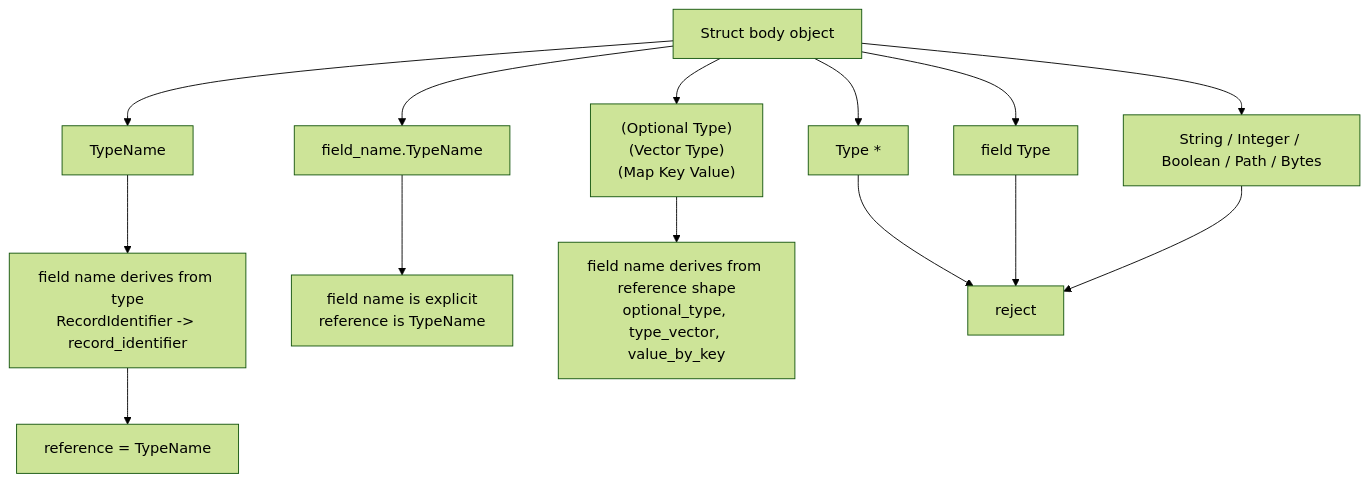
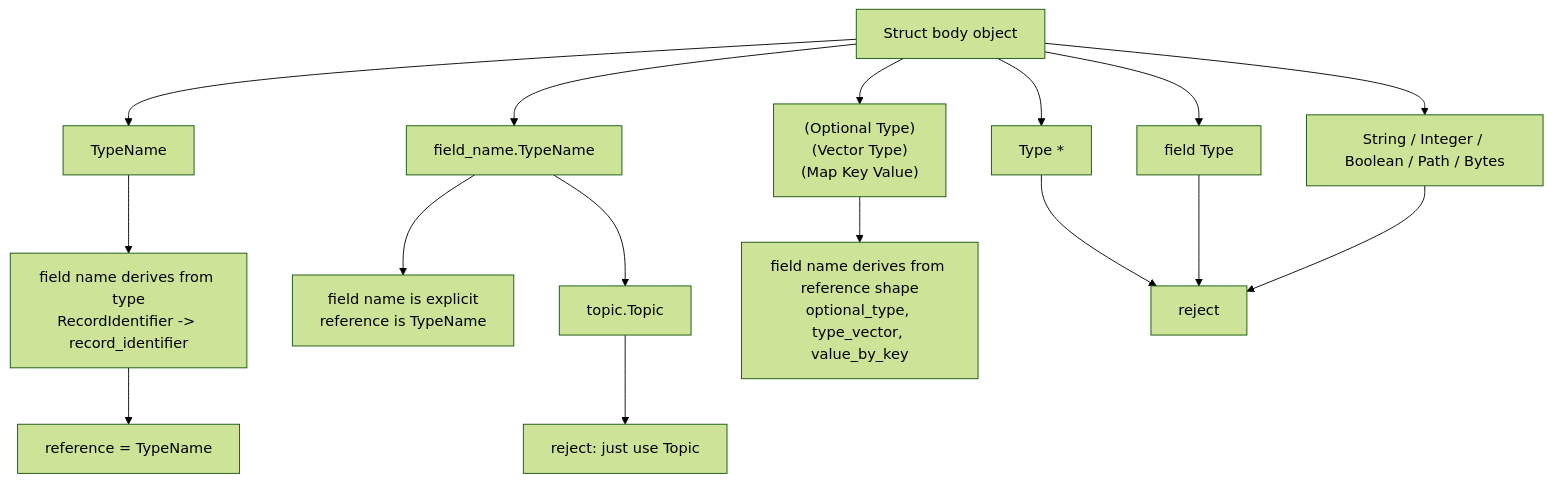
Before and after one commit to LiGoldragon/primary: the second of 5 diagrams in reports/operator/412-schema-strict-positional-structs.md, drawn with Mermaid (forest theme). The commit also changed other lines of this file and 1 other file, not shown here.

Commit message:
operator: correct schema dot-role reports

````diff
--- a/reports/operator/412-schema-strict-positional-structs.md
+++ b/reports/operator/412-schema-strict-positional-structs.md
@@ -51,23 +59,25 @@
 ```mermaid
 flowchart TD
     field["Struct body object"]
 
     field --> bare["TypeName"]
     bare --> derived["field name derives from type<br/>RecordIdentifier -> record_identifier"]
     derived --> plain["reference = TypeName"]
 
     field --> dotted["field_name.TypeName"]
     dotted --> explicit["field name is explicit<br/>reference is TypeName"]
+    dotted --> redundant["topic.Topic"]
+    redundant --> rejectRedundant["reject: just use Topic"]
 
     field --> structural["(Optional Type)<br/>(Vector Type)<br/>(Map Key Value)"]
     structural --> structuralDerived["field name derives from reference shape<br/>optional_type, type_vector, value_by_key"]
 
     field --> retiredStar["Type *"]
     retiredStar --> reject["reject"]
 
     field --> retiredPair["field Type"]
     retiredPair --> reject
 
     field --> retiredScalar["String / Integer / Boolean / Path / Bytes"]
     retiredScalar --> reject
 ```
````
